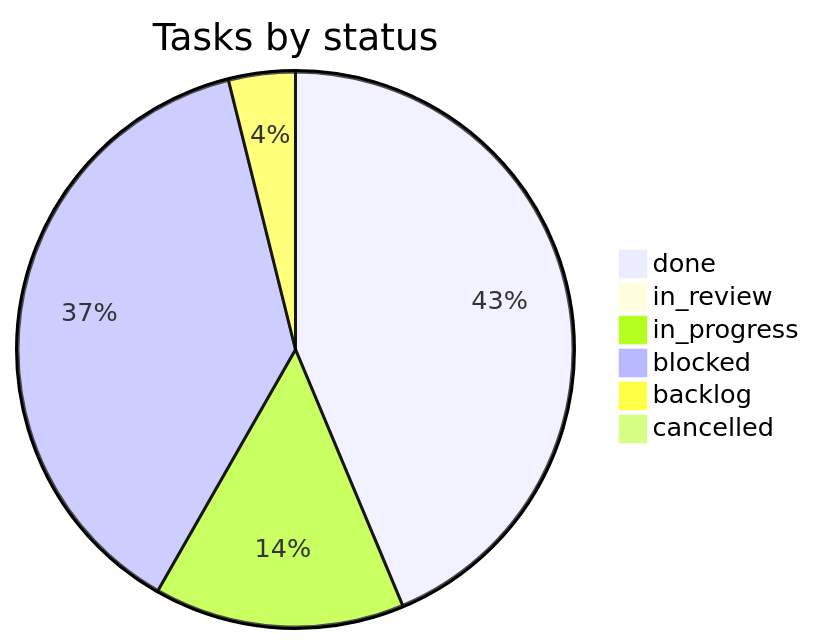
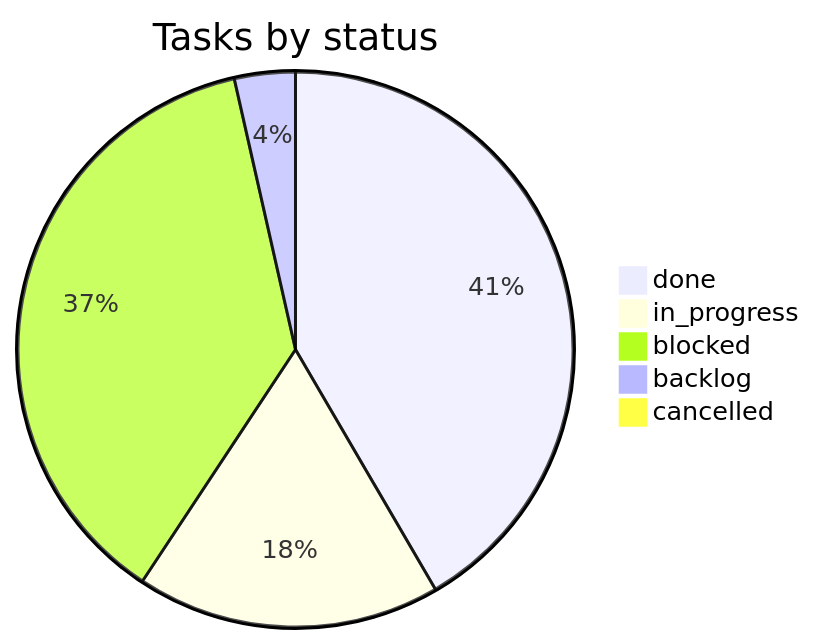
The second of 2 diagrams in PROGRESS.md (vulcanflow/docs), drawn with Mermaid before and after one commit. The commit also changed other lines of this file and 1 other file, not shown here.

Commit message:
progress: 2 deliveries (VFL-99, VFL-115), 5 status changes, 9 new tasks (VFL-124-132) (#70)

````diff
--- a/PROGRESS.md
+++ b/PROGRESS.md
@@ -58,9 +58,8 @@
 ```mermaid
 pie title Tasks by status
-  "done" : 45
-  "in_review" : 1
-  "in_progress" : 15
-  "blocked" : 39
+  "done" : 47
+  "in_progress" : 20
+  "blocked" : 42
   "backlog" : 4
   "cancelled" : 1
 ```
````
